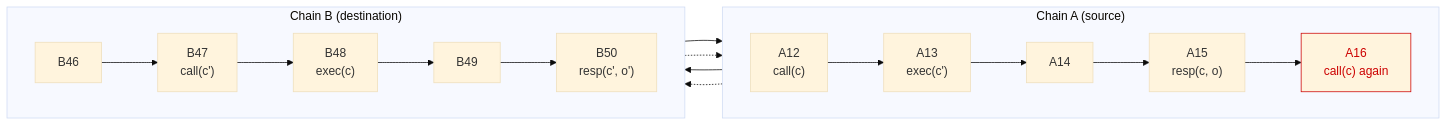
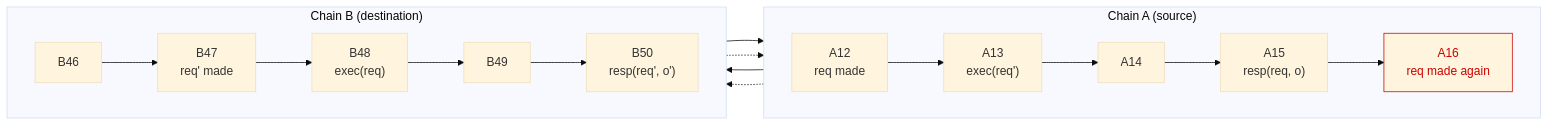
Before and after one commit to sig-net/mpc: the diagram in doc/bidirectional_calls.md, drawn with Mermaid (base theme). The commit also changed other lines of this file, not shown here.

````diff
--- a/doc/bidirectional_calls.md
+++ b/doc/bidirectional_calls.md
@@ -469,16 +538,16 @@
 ```mermaid
 flowchart LR
   subgraph A["Chain A (source)"]
     direction LR
-    A12["A12<br/>call(c)"] --> A13["A13<br/>exec(c')"] --> A14["A14"] --> A15["A15<br/>resp(c, o)"] --> A16["A16<br/>call(c) again"]
+    A12["A12<br/>req made"] --> A13["A13<br/>exec(req')"] --> A14["A14"] --> A15["A15<br/>resp(req, o)"] --> A16["A16<br/>req made again"]
   end
   subgraph B["Chain B (destination)"]
     direction LR
-    B46["B46"] --> B47["B47<br/>call(c')"] --> B48["B48<br/>exec(c)"] --> B49["B49"] --> B50["B50<br/>resp(c', o')"]
+    B46["B46"] --> B47["B47<br/>req' made"] --> B48["B48<br/>exec(req)"] --> B49["B49"] --> B50["B50<br/>resp(req', o')"]
   end
   B48 --> A15
   A13 --> B50
   A12 -.-> B48
   B47 -.-> A13
   style A16 stroke:#c00,color:#c00
 ```
````
